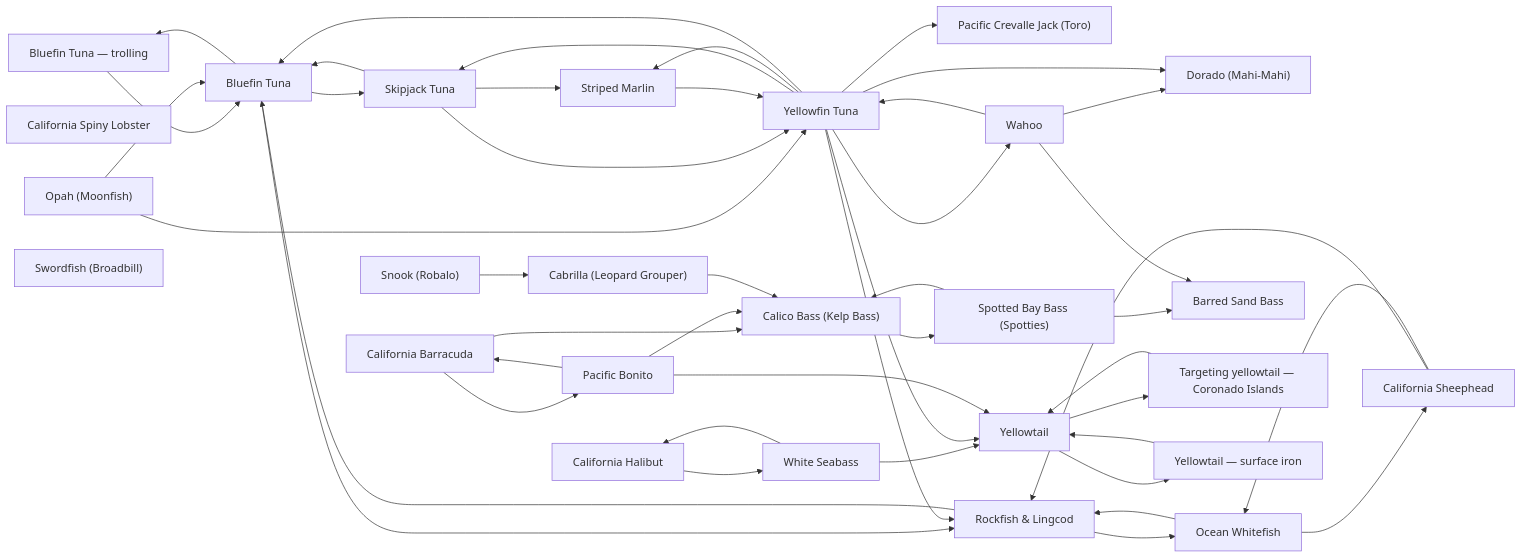
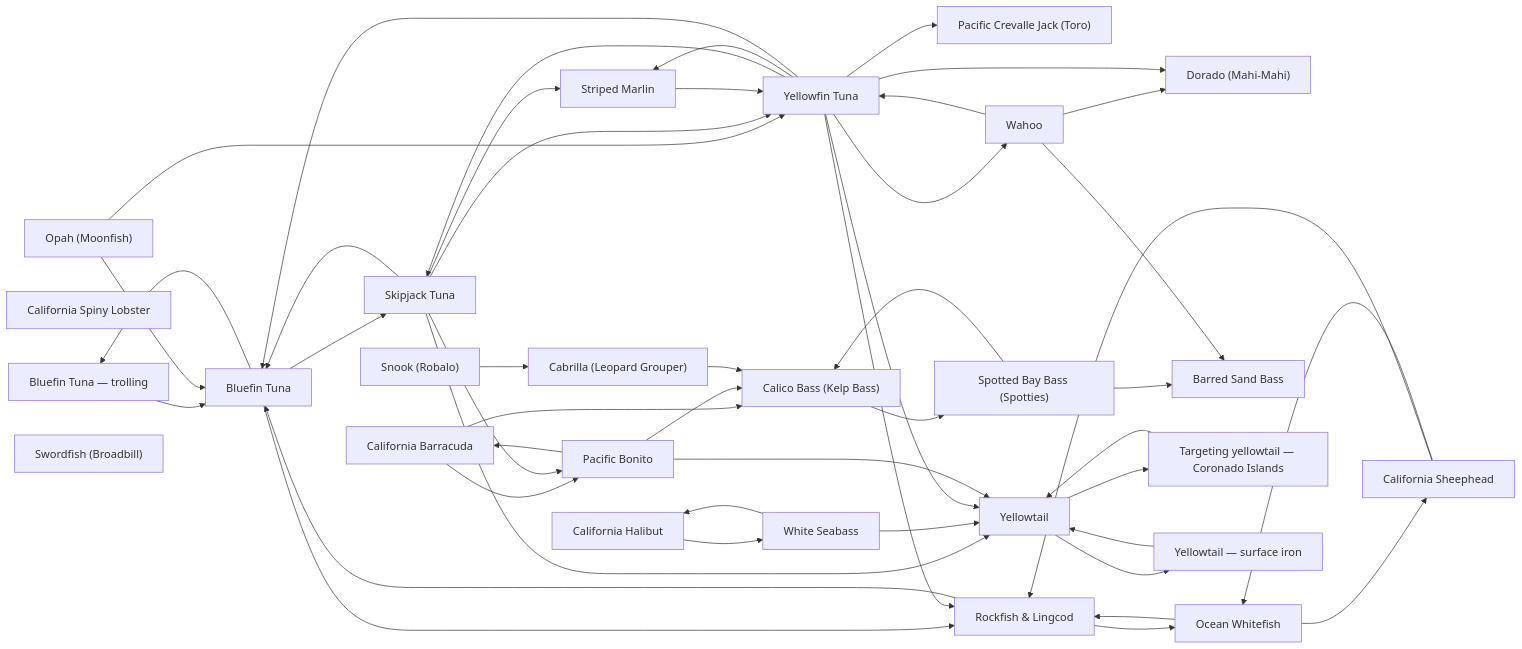
One commit to camchuckpete-max/Socal-Fishing-Knowledge changed the diagram in species/README.md. Above: the diagram before and after it, drawn with Mermaid. The commit also changed other lines of this file and 27 other files, not shown here.

````diff
--- a/species/README.md
+++ b/species/README.md
@@ -42,73 +42,75 @@
 ```mermaid
 graph LR
   n0["California Barracuda"]
   n1["Bluefin Tuna — trolling"]
   n2["Bluefin Tuna"]
   n3["Pacific Bonito"]
   n4["Cabrilla (Leopard Grouper)"]
   n5["Calico Bass (Kelp Bass)"]
   n6["California Halibut"]
   n7["California Spiny Lobster"]
   n8["Dorado (Mahi-Mahi)"]
   n9["Ocean Whitefish"]
   n10["Opah (Moonfish)"]
   n11["Pacific Crevalle Jack (Toro)"]
   n12["Rockfish & Lingcod"]
   n13["Barred Sand Bass"]
   n14["California Sheephead"]
   n15["Skipjack Tuna"]
   n16["Snook (Robalo)"]
   n17["Spotted Bay Bass (Spotties)"]
   n18["Striped Marlin"]
   n19["Swordfish (Broadbill)"]
   n20["Wahoo"]
   n21["White Seabass"]
   n22["Yellowfin Tuna"]
   n23["Targeting yellowtail — Coronado Islands"]
   n24["Yellowtail — surface iron"]
   n25["Yellowtail"]
   n0 --> n3
   n0 --> n5
   n1 --> n2
   n10 --> n2
   n10 --> n22
   n12 --> n2
   n12 --> n9
   n14 --> n12
   n14 --> n9
   n15 --> n18
   n15 --> n2
   n15 --> n22
+  n15 --> n25
+  n15 --> n3
   n16 --> n4
   n17 --> n13
   n17 --> n5
   n18 --> n22
   n2 --> n1
   n2 --> n12
   n2 --> n15
   n20 --> n13
   n20 --> n22
   n20 --> n8
   n21 --> n25
   n21 --> n6
   n22 --> n11
   n22 --> n12
   n22 --> n15
   n22 --> n18
   n22 --> n2
   n22 --> n20
   n22 --> n25
   n22 --> n8
   n23 --> n25
   n24 --> n25
   n25 --> n23
   n25 --> n24
   n3 --> n0
   n3 --> n25
   n3 --> n5
   n4 --> n5
   n5 --> n17
   n6 --> n21
   n9 --> n12
   n9 --> n14
 ```
````
